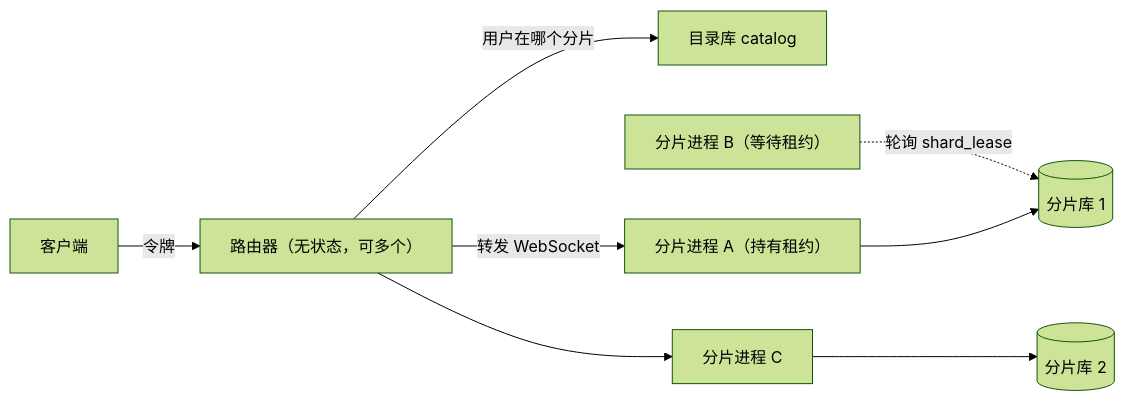
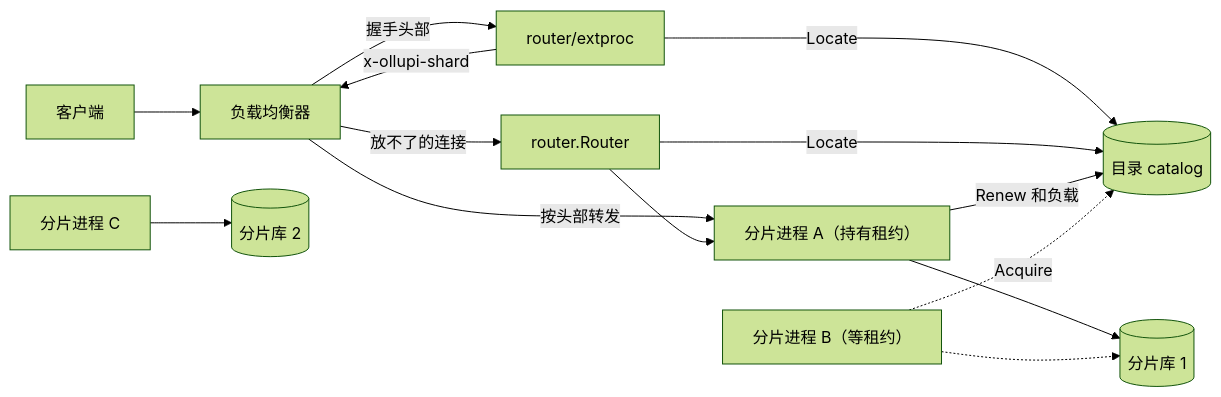
The diagram in docs/zh/engine/sharding.md (0xfakeSpike/ollupi-docs), drawn with Mermaid (forest theme) before and after one commit. The commit also changed other lines of this file and 86 other files, not shown here.

````diff
--- a/docs/zh/engine/sharding.md
+++ b/docs/zh/engine/sharding.md
@@ -5,10 +5,16 @@
 ```mermaid
 flowchart LR
-  C["客户端"] -->|"令牌"| R["路由器（无状态，可多个）"]
-  R -->|"用户在哪个分片"| K["目录库 catalog"]
-  R -->|"转发 WebSocket"| P1["分片进程 A（持有租约）"]
-  P2["分片进程 B（等待租约）"] -.->|"轮询 shard_lease"| D1[("分片库 1")]
-  P1 --> D1
-  R --> P3["分片进程 C"]
-  P3 --> D2[("分片库 2")]
+  C["客户端"] --> LB["负载均衡器"]
+  LB -->|"握手头部"| X["router/extproc"]
+  X -->|"x-ollupi-shard"| LB
+  LB -->|"按头部转发"| P1
+  LB -->|"放不了的连接"| R["router.Router"]
+  R --> P1
+  X -->|"Locate"| K[("目录 catalog")]
+  R -->|"Locate"| K
+  P1["分片进程 A（持有租约）"] -->|"Renew 和负载"| K
+  P2["分片进程 B（等租约）"] -.->|"Acquire"| K
+  P1 --> D1[("分片库 1")]
+  P2 -.-> D1
+  P3["分片进程 C"] --> D2[("分片库 2")]
 ```
````
